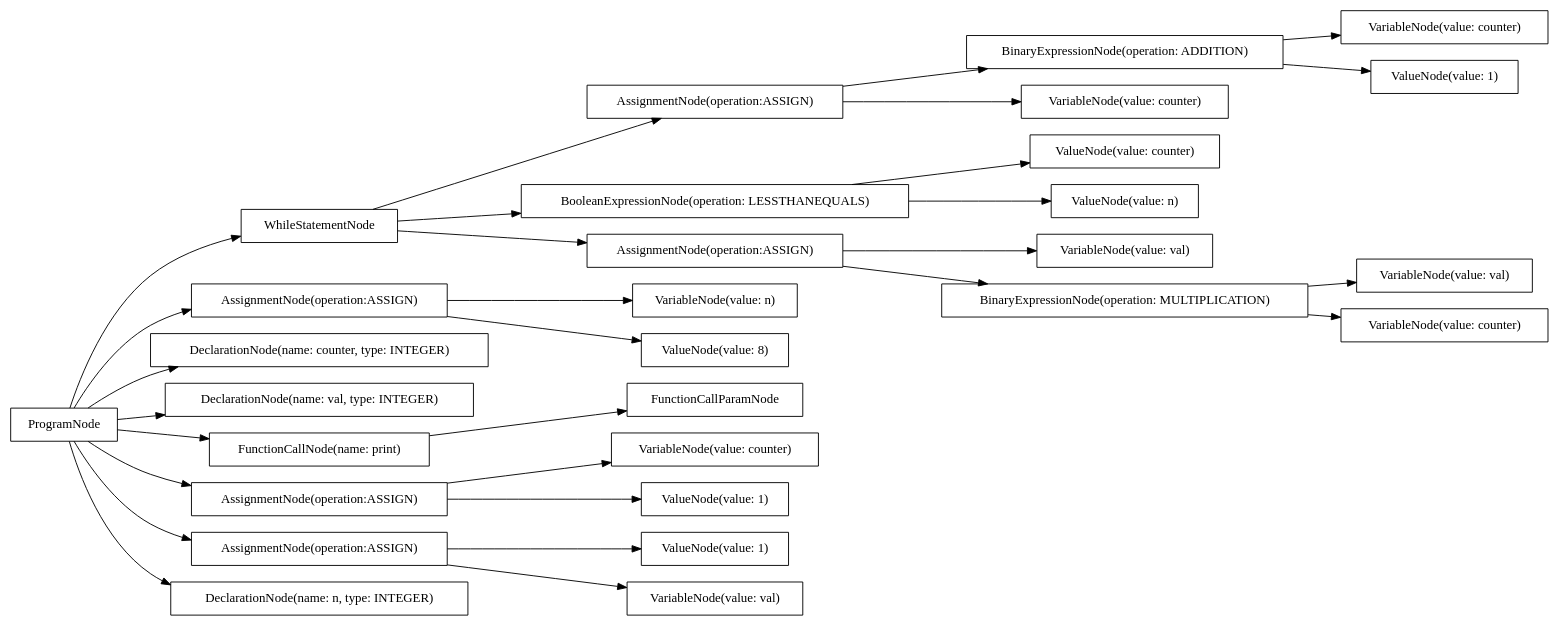
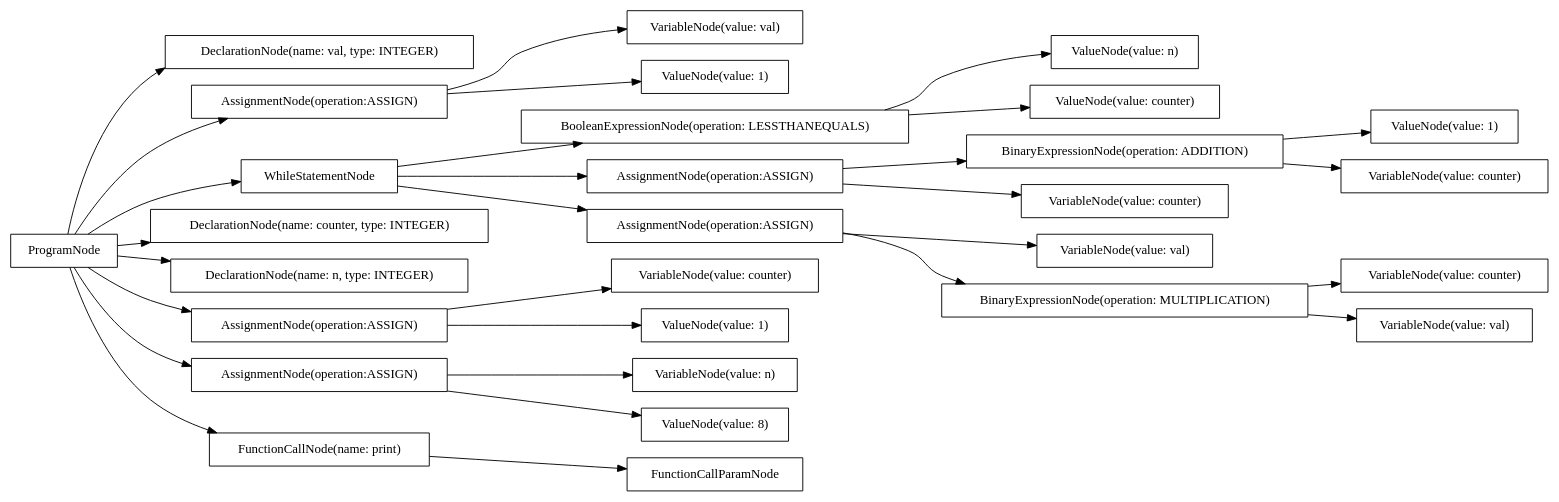
One commit to AtLeastITry/ANTLR-Python-Compiler changed the diagram in src/output/dot/factorial.dot. Above: the diagram before and after it, drawn with Graphviz. The commit also changed 14 other files, not shown here.

```diff
--- a/src/output/dot/factorial.dot
+++ b/src/output/dot/factorial.dot
@@ -1,60 +1,60 @@
 digraph G {
 rankdir=LR
-"529fd11a-8288-4b72-8fbb-ee778ad66fa7" [label="WhileStatementNode" shape="box"];
-"52e81055-dc26-4a57-8562-e2a447a12b68" [label="AssignmentNode(operation:ASSIGN)" shape="box"];
-"7cabb34e-7722-40d0-9663-8b4893380281" [label="AssignmentNode(operation:ASSIGN)" shape="box"];
-"ff9bc976-16c2-4b3e-9e6f-503b3809214a" [label="DeclarationNode(name: counter, type: INTEGER)" shape="box"];
-"c2e2381f-f732-4acb-92a8-270e17bdb119" [label="VariableNode(value: counter)" shape="box"];
-"2b0391dd-2a3a-4546-96d1-271153b40ed1" [label="VariableNode(value: counter)" shape="box"];
-"c6c9026c-6a37-4576-bf3a-feb37306daa2" [label="VariableNode(value: val)" shape="box"];
-"0186d3f2-10c3-4ed7-a2f0-079b025afa9b" [label="VariableNode(value: n)" shape="box"];
-"b9fe080d-940d-4d54-b249-9d2759d3331d" [label="BooleanExpressionNode(operation: LESSTHANEQUALS)" shape="box"];
-"ae6f9eb9-699d-4bd6-83c8-3becfc065db3" [label="ValueNode(value: counter)" shape="box"];
-"02654fa7-4ad9-405b-a527-12232435d73d" [label="BinaryExpressionNode(operation: ADDITION)" shape="box"];
-"8c6c70d4-069f-4701-a14b-784c624393ad" [label="DeclarationNode(name: val, type: INTEGER)" shape="box"];
-"22a3132c-d143-4ed2-9186-1937af1f4d22" [label="ValueNode(value: n)" shape="box"];
-"18a80606-ff1c-478c-8ccb-579915b0784f" [label="VariableNode(value: counter)" shape="box"];
-"3f82481d-1de5-48f2-b753-77e58d1a80f0" [label="ValueNode(value: 1)" shape="box"];
-"c4f2f956-a775-4d68-a431-c6029e19b4cd" [label="FunctionCallNode(name: print)" shape="box"];
-"bb0b4951-f67a-4325-bb0e-65edf1213967" [label="ValueNode(value: 8)" shape="box"];
-"e51cb7ca-7493-4bf5-84b2-074e8749a824" [label="ProgramNode" shape="box"];
-"3c85fe2e-da95-440d-b432-67fc64c679d3" [label="AssignmentNode(operation:ASSIGN)" shape="box"];
-"bf2133d7-3336-4227-9b10-152b1aa8231d" [label="AssignmentNode(operation:ASSIGN)" shape="box"];
-"6dd6b9b7-8825-457f-aedf-3c4ce7fee9bc" [label="BinaryExpressionNode(operation: MULTIPLICATION)" shape="box"];
-"c96bdce6-bd8f-4082-b493-d5ce6a310d80" [label="ValueNode(value: 1)" shape="box"];
-"1e3b1d55-fed5-4531-93ce-eb091126e0c5" [label="AssignmentNode(operation:ASSIGN)" shape="box"];
-"15a8f611-2c35-4a71-acef-db51bef9a995" [label="DeclarationNode(name: n, type: INTEGER)" shape="box"];
-"8d0c09ef-221f-4397-bc8b-bc757919e4a3" [label="ValueNode(value: 1)" shape="box"];
-"56a0ce6f-4b8f-45bf-9693-07a925a768d0" [label="FunctionCallParamNode" shape="box"];
-"48ee9f0f-df98-4568-bedc-f5d62ee7df48" [label="VariableNode(value: val)" shape="box"];
-"1d5f382e-bf81-47ea-a423-0f633adbf9ff" [label="VariableNode(value: counter)" shape="box"];
-"da761465-6f7f-4852-9c8d-891fe30def1e" [label="VariableNode(value: val)" shape="box"];
-"e51cb7ca-7493-4bf5-84b2-074e8749a824" -> "15a8f611-2c35-4a71-acef-db51bef9a995";
-"e51cb7ca-7493-4bf5-84b2-074e8749a824" -> "8c6c70d4-069f-4701-a14b-784c624393ad";
-"e51cb7ca-7493-4bf5-84b2-074e8749a824" -> "ff9bc976-16c2-4b3e-9e6f-503b3809214a";
-"e51cb7ca-7493-4bf5-84b2-074e8749a824" -> "52e81055-dc26-4a57-8562-e2a447a12b68";
-"52e81055-dc26-4a57-8562-e2a447a12b68" -> "0186d3f2-10c3-4ed7-a2f0-079b025afa9b";
-"52e81055-dc26-4a57-8562-e2a447a12b68" -> "bb0b4951-f67a-4325-bb0e-65edf1213967";
-"e51cb7ca-7493-4bf5-84b2-074e8749a824" -> "1e3b1d55-fed5-4531-93ce-eb091126e0c5";
-"1e3b1d55-fed5-4531-93ce-eb091126e0c5" -> "da761465-6f7f-4852-9c8d-891fe30def1e";
-"1e3b1d55-fed5-4531-93ce-eb091126e0c5" -> "8d0c09ef-221f-4397-bc8b-bc757919e4a3";
-"e51cb7ca-7493-4bf5-84b2-074e8749a824" -> "3c85fe2e-da95-440d-b432-67fc64c679d3";
-"3c85fe2e-da95-440d-b432-67fc64c679d3" -> "c2e2381f-f732-4acb-92a8-270e17bdb119";
-"3c85fe2e-da95-440d-b432-67fc64c679d3" -> "c96bdce6-bd8f-4082-b493-d5ce6a310d80";
-"e51cb7ca-7493-4bf5-84b2-074e8749a824" -> "529fd11a-8288-4b72-8fbb-ee778ad66fa7";
-"529fd11a-8288-4b72-8fbb-ee778ad66fa7" -> "b9fe080d-940d-4d54-b249-9d2759d3331d";
-"b9fe080d-940d-4d54-b249-9d2759d3331d" -> "ae6f9eb9-699d-4bd6-83c8-3becfc065db3";
-"b9fe080d-940d-4d54-b249-9d2759d3331d" -> "22a3132c-d143-4ed2-9186-1937af1f4d22";
-"529fd11a-8288-4b72-8fbb-ee778ad66fa7" -> "bf2133d7-3336-4227-9b10-152b1aa8231d";
-"bf2133d7-3336-4227-9b10-152b1aa8231d" -> "c6c9026c-6a37-4576-bf3a-feb37306daa2";
-"bf2133d7-3336-4227-9b10-152b1aa8231d" -> "6dd6b9b7-8825-457f-aedf-3c4ce7fee9bc";
-"6dd6b9b7-8825-457f-aedf-3c4ce7fee9bc" -> "48ee9f0f-df98-4568-bedc-f5d62ee7df48";
-"6dd6b9b7-8825-457f-aedf-3c4ce7fee9bc" -> "1d5f382e-bf81-47ea-a423-0f633adbf9ff";
-"529fd11a-8288-4b72-8fbb-ee778ad66fa7" -> "7cabb34e-7722-40d0-9663-8b4893380281";
-"7cabb34e-7722-40d0-9663-8b4893380281" -> "18a80606-ff1c-478c-8ccb-579915b0784f";
-"7cabb34e-7722-40d0-9663-8b4893380281" -> "02654fa7-4ad9-405b-a527-12232435d73d";
-"02654fa7-4ad9-405b-a527-12232435d73d" -> "2b0391dd-2a3a-4546-96d1-271153b40ed1";
-"02654fa7-4ad9-405b-a527-12232435d73d" -> "3f82481d-1de5-48f2-b753-77e58d1a80f0";
-"e51cb7ca-7493-4bf5-84b2-074e8749a824" -> "c4f2f956-a775-4d68-a431-c6029e19b4cd";
-"c4f2f956-a775-4d68-a431-c6029e19b4cd" -> "56a0ce6f-4b8f-45bf-9693-07a925a768d0";
+"f8cfbce2-30ae-43c2-a820-a7e2fd7b3cf8" [label="DeclarationNode(name: val, type: INTEGER)" shape="box"];
+"64b37720-c6b8-45d6-ac85-f665cb10f6cc" [label="ValueNode(value: n)" shape="box"];
+"6b18e049-71f8-415d-b141-38cf7b669e19" [label="VariableNode(value: val)" shape="box"];
+"2b1aba3d-4f63-4f45-b8cd-f1e2370416ec" [label="ValueNode(value: 1)" shape="box"];
+"86cb04ed-694b-446d-a1ac-94e9e5c720c4" [label="VariableNode(value: counter)" shape="box"];
+"91133d2c-4d75-445e-af9b-0715fa2c2f30" [label="FunctionCallParamNode" shape="box"];
+"e8ed9464-a5f4-4350-955c-2956333b1554" [label="BinaryExpressionNode(operation: ADDITION)" shape="box"];
+"26db1778-60a9-408f-a289-7f45e0cce40e" [label="BooleanExpressionNode(operation: LESSTHANEQUALS)" shape="box"];
+"70209f5c-b9f5-49da-a56f-0ba18f87ed57" [label="AssignmentNode(operation:ASSIGN)" shape="box"];
+"061e845f-26f6-445c-a76f-34698f9102b3" [label="ValueNode(value: counter)" shape="box"];
+"b744151b-155c-4d46-841f-bec9d83f7fbc" [label="ValueNode(value: 1)" shape="box"];
+"f0c0fbbe-f2c7-4603-b2f6-f9f0a1ad7103" [label="VariableNode(value: n)" shape="box"];
+"1dd96569-57b9-487b-94e8-6acb14c18f46" [label="AssignmentNode(operation:ASSIGN)" shape="box"];
+"c973b78c-c1c3-4a80-a9ee-4d5332475e50" [label="VariableNode(value: val)" shape="box"];
+"a133177b-d76c-455a-83cc-3cda24a06a9f" [label="AssignmentNode(operation:ASSIGN)" shape="box"];
+"b4adac8a-dd41-4557-9127-2619a18935e6" [label="WhileStatementNode" shape="box"];
+"c04ef815-8f24-4c3b-8a60-c43d4a963cec" [label="DeclarationNode(name: counter, type: INTEGER)" shape="box"];
+"abbabc2e-34a8-412c-a13f-afaa0fe6d747" [label="DeclarationNode(name: n, type: INTEGER)" shape="box"];
+"866d3da2-8ac4-433e-97f6-5a4b4f4d26ed" [label="AssignmentNode(operation:ASSIGN)" shape="box"];
+"93886b37-8b1b-431a-9e94-cd67327f6a9a" [label="VariableNode(value: counter)" shape="box"];
+"6f07f1f1-7f25-46e7-8c65-b919caa21786" [label="AssignmentNode(operation:ASSIGN)" shape="box"];
+"387e690b-3d0f-4c92-aaac-7cfb0a813a12" [label="VariableNode(value: counter)" shape="box"];
+"e01184f6-ff38-4c59-b063-14eff49a6c61" [label="FunctionCallNode(name: print)" shape="box"];
+"569d7143-8894-436c-ad9d-c88824063b46" [label="ValueNode(value: 8)" shape="box"];
+"e4aedc0a-271b-45b7-899c-e84ce39adab4" [label="ProgramNode" shape="box"];
+"e8367766-290f-4cd7-8be5-de4281c168d7" [label="BinaryExpressionNode(operation: MULTIPLICATION)" shape="box"];
+"4ad0a625-0cbc-48e5-bd4d-5362409d8825" [label="VariableNode(value: counter)" shape="box"];
+"b4f94853-1311-44f8-a29e-ab8c9f82f86f" [label="VariableNode(value: val)" shape="box"];
+"9558eed1-3c01-4b43-9cd0-c891909c30eb" [label="ValueNode(value: 1)" shape="box"];
+"e4aedc0a-271b-45b7-899c-e84ce39adab4" -> "abbabc2e-34a8-412c-a13f-afaa0fe6d747";
+"e4aedc0a-271b-45b7-899c-e84ce39adab4" -> "f8cfbce2-30ae-43c2-a820-a7e2fd7b3cf8";
+"e4aedc0a-271b-45b7-899c-e84ce39adab4" -> "c04ef815-8f24-4c3b-8a60-c43d4a963cec";
+"e4aedc0a-271b-45b7-899c-e84ce39adab4" -> "6f07f1f1-7f25-46e7-8c65-b919caa21786";
+"6f07f1f1-7f25-46e7-8c65-b919caa21786" -> "f0c0fbbe-f2c7-4603-b2f6-f9f0a1ad7103";
+"6f07f1f1-7f25-46e7-8c65-b919caa21786" -> "569d7143-8894-436c-ad9d-c88824063b46";
+"e4aedc0a-271b-45b7-899c-e84ce39adab4" -> "a133177b-d76c-455a-83cc-3cda24a06a9f";
+"a133177b-d76c-455a-83cc-3cda24a06a9f" -> "6b18e049-71f8-415d-b141-38cf7b669e19";
+"a133177b-d76c-455a-83cc-3cda24a06a9f" -> "2b1aba3d-4f63-4f45-b8cd-f1e2370416ec";
+"e4aedc0a-271b-45b7-899c-e84ce39adab4" -> "866d3da2-8ac4-433e-97f6-5a4b4f4d26ed";
+"866d3da2-8ac4-433e-97f6-5a4b4f4d26ed" -> "86cb04ed-694b-446d-a1ac-94e9e5c720c4";
+"866d3da2-8ac4-433e-97f6-5a4b4f4d26ed" -> "9558eed1-3c01-4b43-9cd0-c891909c30eb";
+"e4aedc0a-271b-45b7-899c-e84ce39adab4" -> "b4adac8a-dd41-4557-9127-2619a18935e6";
+"b4adac8a-dd41-4557-9127-2619a18935e6" -> "26db1778-60a9-408f-a289-7f45e0cce40e";
+"26db1778-60a9-408f-a289-7f45e0cce40e" -> "061e845f-26f6-445c-a76f-34698f9102b3";
+"26db1778-60a9-408f-a289-7f45e0cce40e" -> "64b37720-c6b8-45d6-ac85-f665cb10f6cc";
+"b4adac8a-dd41-4557-9127-2619a18935e6" -> "1dd96569-57b9-487b-94e8-6acb14c18f46";
+"1dd96569-57b9-487b-94e8-6acb14c18f46" -> "c973b78c-c1c3-4a80-a9ee-4d5332475e50";
+"1dd96569-57b9-487b-94e8-6acb14c18f46" -> "e8367766-290f-4cd7-8be5-de4281c168d7";
+"e8367766-290f-4cd7-8be5-de4281c168d7" -> "b4f94853-1311-44f8-a29e-ab8c9f82f86f";
+"e8367766-290f-4cd7-8be5-de4281c168d7" -> "93886b37-8b1b-431a-9e94-cd67327f6a9a";
+"b4adac8a-dd41-4557-9127-2619a18935e6" -> "70209f5c-b9f5-49da-a56f-0ba18f87ed57";
+"70209f5c-b9f5-49da-a56f-0ba18f87ed57" -> "4ad0a625-0cbc-48e5-bd4d-5362409d8825";
+"70209f5c-b9f5-49da-a56f-0ba18f87ed57" -> "e8ed9464-a5f4-4350-955c-2956333b1554";
+"e8ed9464-a5f4-4350-955c-2956333b1554" -> "387e690b-3d0f-4c92-aaac-7cfb0a813a12";
+"e8ed9464-a5f4-4350-955c-2956333b1554" -> "b744151b-155c-4d46-841f-bec9d83f7fbc";
+"e4aedc0a-271b-45b7-899c-e84ce39adab4" -> "e01184f6-ff38-4c59-b063-14eff49a6c61";
+"e01184f6-ff38-4c59-b063-14eff49a6c61" -> "91133d2c-4d75-445e-af9b-0715fa2c2f30";
 }
```
